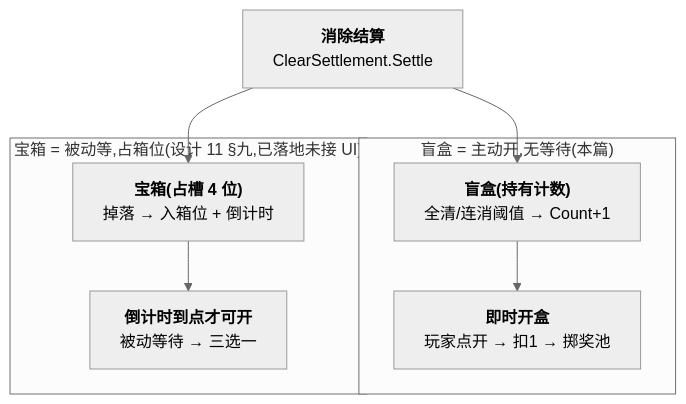
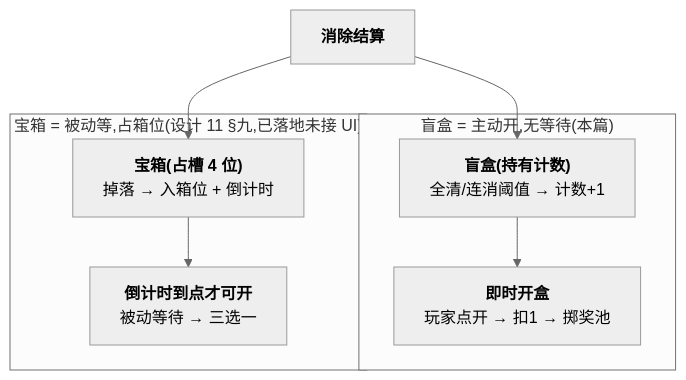
Before and after one commit to zhoupeng921101/TEngine_zp: the diagram in UnityProject/design-docs/12-tarot-blind-box.md, drawn with Mermaid (neutral theme). The commit also changed other lines of this file and 20 other files, not shown here.

````diff
--- a/UnityProject/design-docs/12-tarot-blind-box.md
+++ b/UnityProject/design-docs/12-tarot-blind-box.md
@@ -62,12 +62,12 @@
 ```mermaid
 flowchart TD
-    Engine["<b>消除结算</b><br>ClearSettlement.Settle"]
+    Engine["<b>消除结算</b>"]
     subgraph blind["盲盒 = 主动开,无等待(本篇)"]
-        Box1["<b>盲盒(持有计数)</b><br>全清/连消阈值 → Count+1"] --> Box2["<b>即时开盒</b><br>玩家点开 → 扣1 → 掷奖池"]
+        Box1["<b>盲盒(持有计数)</b><br>全清/连消阈值 → 计数+1"] --> Box2["<b>即时开盒</b><br>玩家点开 → 扣1 → 掷奖池"]
     end
     subgraph chest["宝箱 = 被动等,占箱位(设计 11 §九,已落地未接 UI)"]
         Chest1["<b>宝箱(占槽 4 位)</b><br>掉落 → 入箱位 + 倒计时"] --> Chest2["<b>倒计时到点才可开</b><br>被动等待 → 三选一"]
     end
     Engine --> Box1
     Engine --> Chest1
 ```
````
